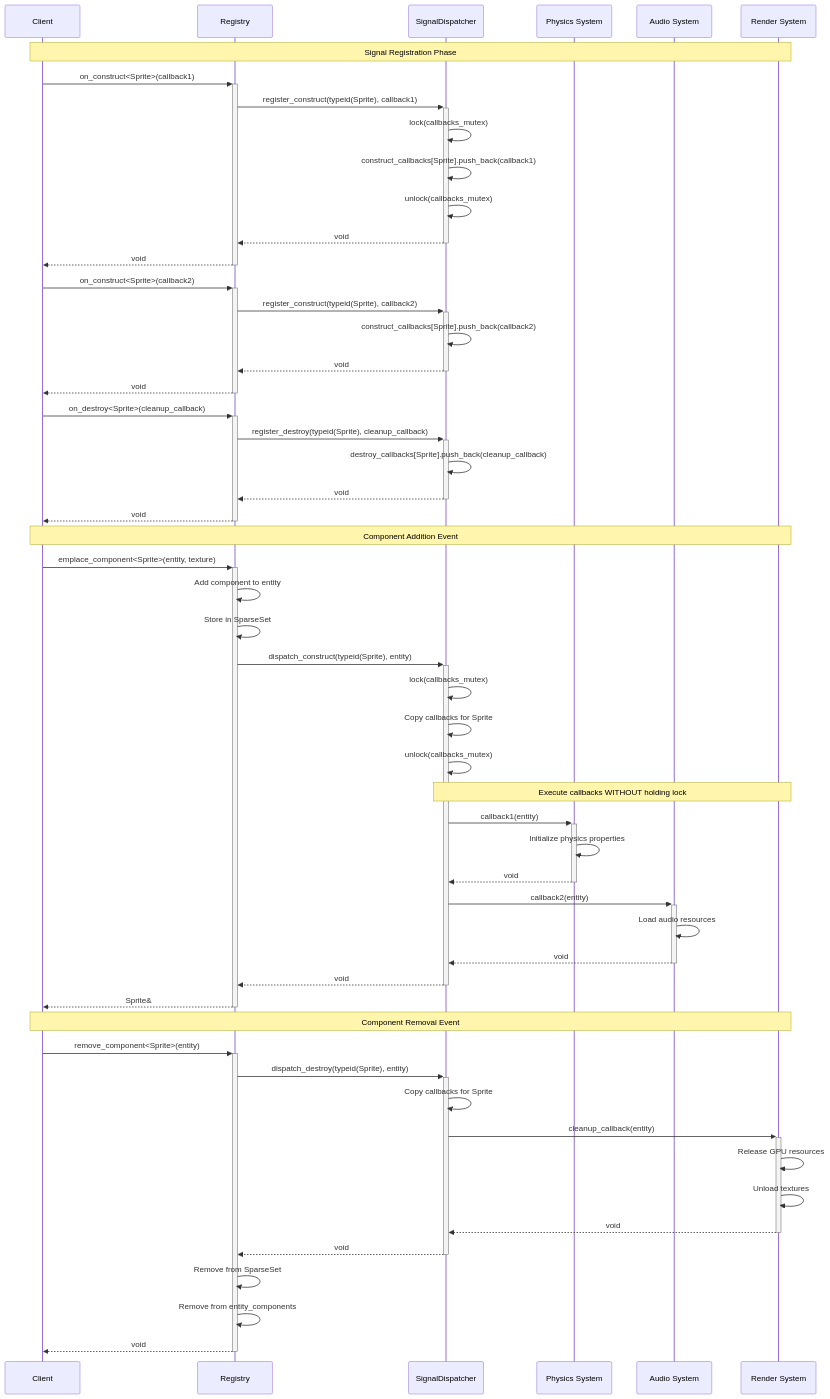
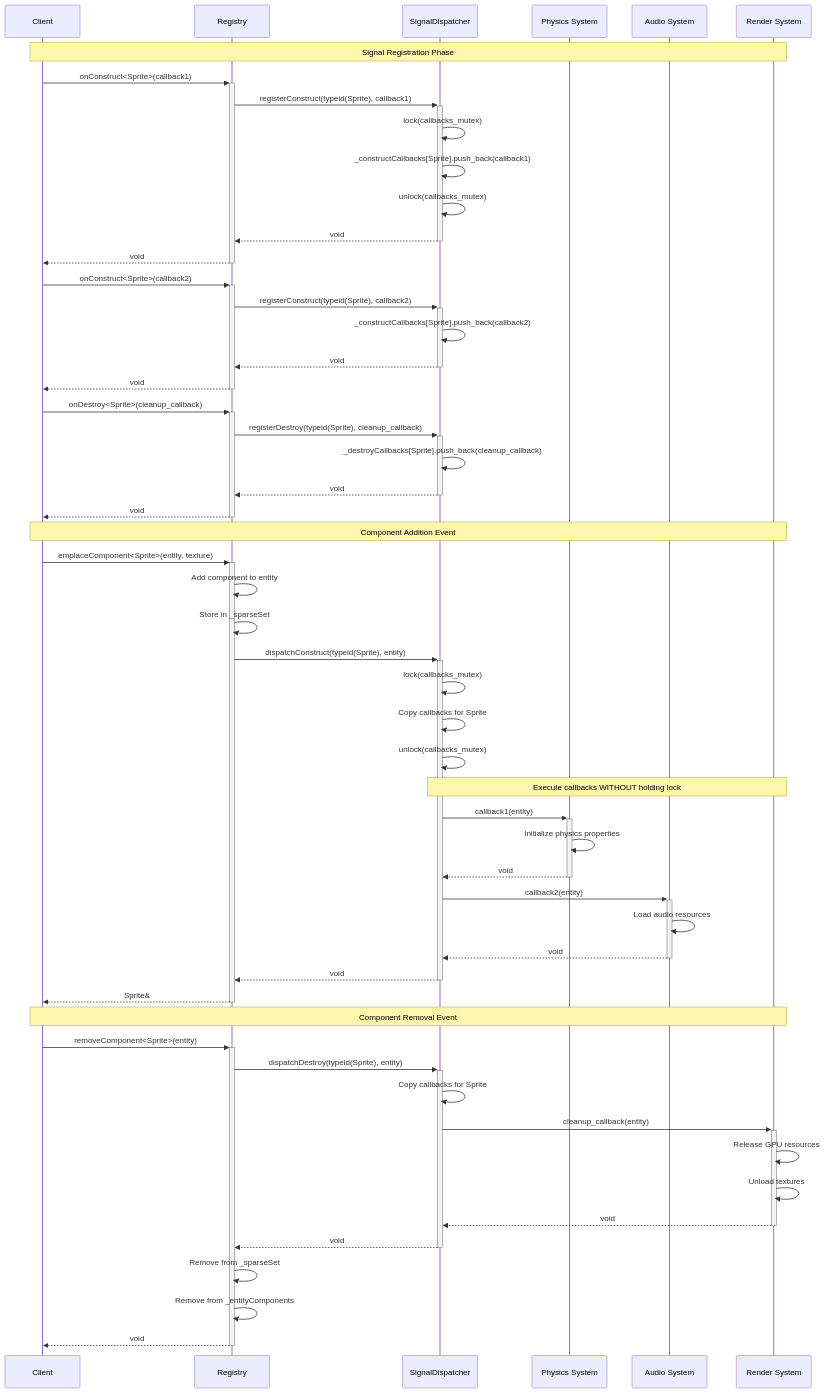
Before and after one commit to My-Epitech-Organisation/Rtype: the seventh of 12 diagrams in doc/ecs/19_architecture_diagrams.md, drawn with Mermaid. The commit also changed other lines of this file and 48 other files, not shown here.

````diff
--- a/doc/ecs/19_architecture_diagrams.md
+++ b/doc/ecs/19_architecture_diagrams.md
@@ -748,80 +748,80 @@
 ```mermaid
 sequenceDiagram
     participant Client
     participant Registry
     participant SignalDispatcher
     participant System1 as Physics System
     participant System2 as Audio System
     participant System3 as Render System
     
     %% Signal Registration
     Note over Client,System3: Signal Registration Phase
     
-    Client->>+Registry: on_construct<Sprite>(callback1)
-    Registry->>+SignalDispatcher: register_construct(typeid(Sprite), callback1)
+    Client->>+Registry: onConstruct<Sprite>(callback1)
+    Registry->>+SignalDispatcher: registerConstruct(typeid(Sprite), callback1)
     SignalDispatcher->>SignalDispatcher: lock(callbacks_mutex)
-    SignalDispatcher->>SignalDispatcher: construct_callbacks[Sprite].push_back(callback1)
+    SignalDispatcher->>SignalDispatcher: _constructCallbacks[Sprite].push_back(callback1)
     SignalDispatcher->>SignalDispatcher: unlock(callbacks_mutex)
     SignalDispatcher-->>-Registry: void
     Registry-->>-Client: void
     
-    Client->>+Registry: on_construct<Sprite>(callback2)
-    Registry->>+SignalDispatcher: register_construct(typeid(Sprite), callback2)
-    SignalDispatcher->>SignalDispatcher: construct_callbacks[Sprite].push_back(callback2)
+    Client->>+Registry: onConstruct<Sprite>(callback2)
+    Registry->>+SignalDispatcher: registerConstruct(typeid(Sprite), callback2)
+    SignalDispatcher->>SignalDispatcher: _constructCallbacks[Sprite].push_back(callback2)
     SignalDispatcher-->>-Registry: void
     Registry-->>-Client: void
     
-    Client->>+Registry: on_destroy<Sprite>(cleanup_callback)
-    Registry->>+SignalDispatcher: register_destroy(typeid(Sprite), cleanup_callback)
-    SignalDispatcher->>SignalDispatcher: destroy_callbacks[Sprite].push_back(cleanup_callback)
+    Client->>+Registry: onDestroy<Sprite>(cleanup_callback)
+    Registry->>+SignalDispatcher: registerDestroy(typeid(Sprite), cleanup_callback)
+    SignalDispatcher->>SignalDispatcher: _destroyCallbacks[Sprite].push_back(cleanup_callback)
     SignalDispatcher-->>-Registry: void
     Registry-->>-Client: void
     
     %% Component Addition Triggering Signals
     Note over Client,System3: Component Addition Event
     
-    Client->>+Registry: emplace_component<Sprite>(entity, texture)
+    Client->>+Registry: emplaceComponent<Sprite>(entity, texture)
     
     Registry->>Registry: Add component to entity
-    Registry->>Registry: Store in SparseSet
+    Registry->>Registry: Store in _sparseSet
     
-    Registry->>+SignalDispatcher: dispatch_construct(typeid(Sprite), entity)
+    Registry->>+SignalDispatcher: dispatchConstruct(typeid(Sprite), entity)
     
     SignalDispatcher->>SignalDispatcher: lock(callbacks_mutex)
     SignalDispatcher->>SignalDispatcher: Copy callbacks for Sprite
     SignalDispatcher->>SignalDispatcher: unlock(callbacks_mutex)
     
     Note over SignalDispatcher,System3: Execute callbacks WITHOUT holding lock
     
     SignalDispatcher->>+System1: callback1(entity)
     System1->>System1: Initialize physics properties
     System1-->>-SignalDispatcher: void
     
     SignalDispatcher->>+System2: callback2(entity)
     System2->>System2: Load audio resources
     System2-->>-SignalDispatcher: void
     
     SignalDispatcher-->>-Registry: void
     Registry-->>-Client: Sprite&
     
     %% Component Removal Triggering Signals
     Note over Client,System3: Component Removal Event
     
-    Client->>+Registry: remove_component<Sprite>(entity)
+    Client->>+Registry: removeComponent<Sprite>(entity)
     
-    Registry->>+SignalDispatcher: dispatch_destroy(typeid(Sprite), entity)
+    Registry->>+SignalDispatcher: dispatchDestroy(typeid(Sprite), entity)
     
     SignalDispatcher->>SignalDispatcher: Copy callbacks for Sprite
     
     SignalDispatcher->>+System3: cleanup_callback(entity)
     System3->>System3: Release GPU resources
     System3->>System3: Unload textures
     System3-->>-SignalDispatcher: void
     
     SignalDispatcher-->>-Registry: void
     
-    Registry->>Registry: Remove from SparseSet
-    Registry->>Registry: Remove from entity_components
+    Registry->>Registry: Remove from _sparseSet
+    Registry->>Registry: Remove from _entityComponents
     
     Registry-->>-Client: void
 ```
````
